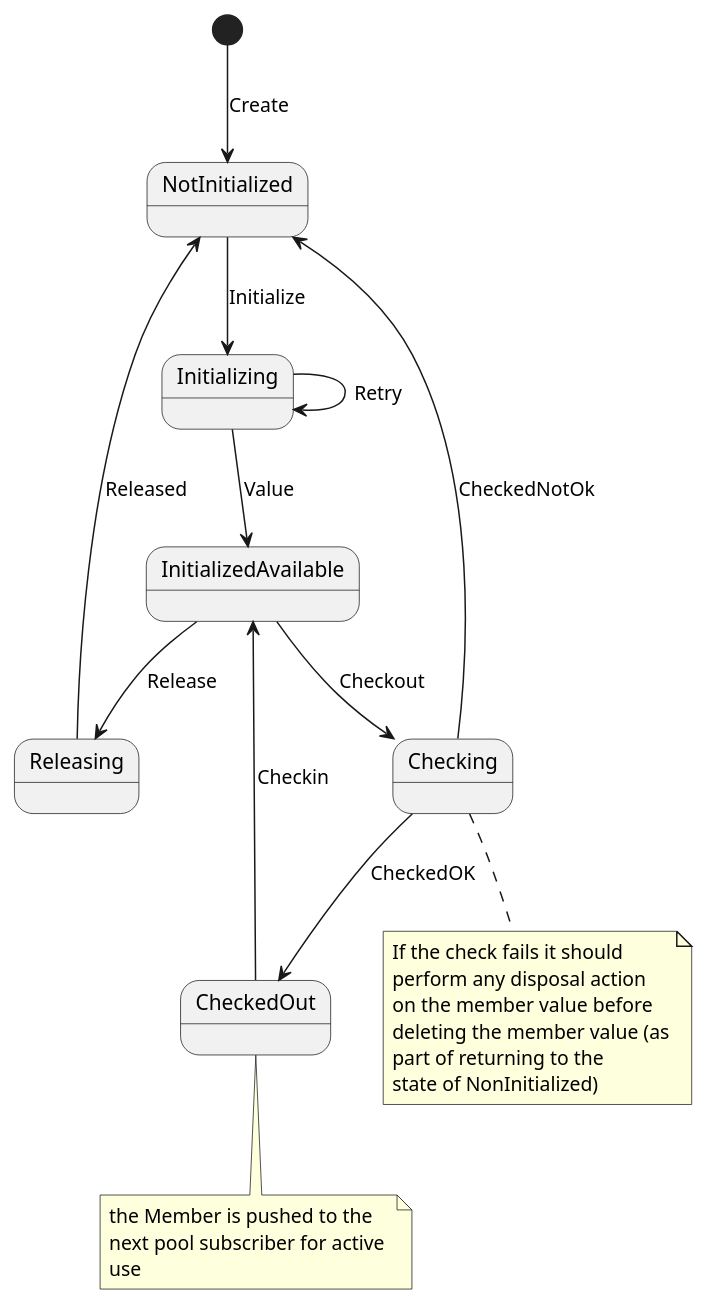
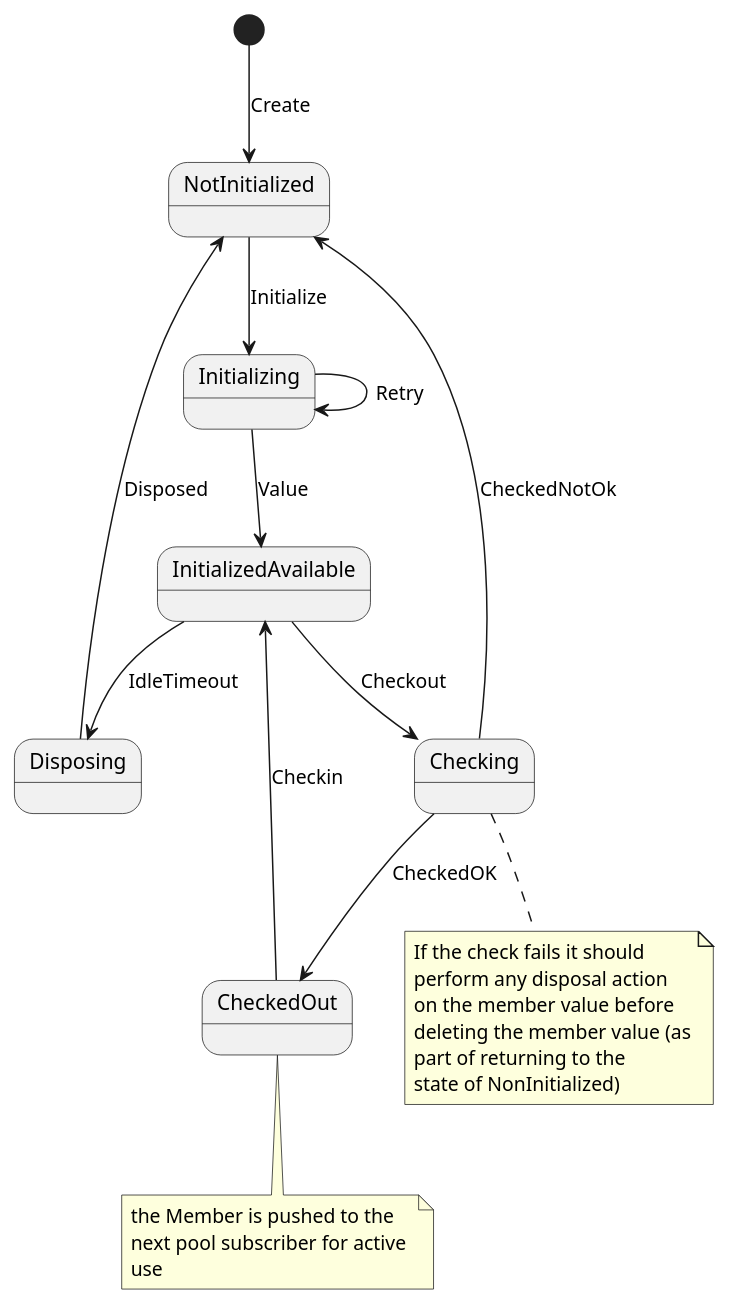
The diagram in src/main/plantuml/Member-state-diagram.puml (davidmoten/rxjava3-pool), drawn with PlantUML before and after one commit. The commit also changed 2 other files, not shown here.

Commit message:
update diagram

```diff
--- a/src/main/plantuml/Member-state-diagram.puml
+++ b/src/main/plantuml/Member-state-diagram.puml
@@ -1,28 +1,28 @@
 @startuml
 
 [*] --> NotInitialized: Create
 NotInitialized --> Initializing: Initialize
 Initializing --> InitializedAvailable: Value
 Initializing --> Initializing: Retry
 InitializedAvailable --> Checking: Checkout
 Checking --> NotInitialized: CheckedNotOk
 Checking --> CheckedOut: CheckedOK
-InitializedAvailable --> Releasing: Release 
-Releasing --> NotInitialized: Released
+InitializedAvailable --> Disposing: IdleTimeout 
+Disposing --> NotInitialized: Disposed
 CheckedOut --> InitializedAvailable: Checkin
 
 note bottom of Checking
   If the check fails it should
   perform any disposal action
   on the member value before 
   deleting the member value (as
   part of returning to the 
   state of NonInitialized)
 end note
 
 note bottom of CheckedOut
   the Member is pushed to the 
   next pool subscriber for active 
   use
 end note
 @enduml
```
